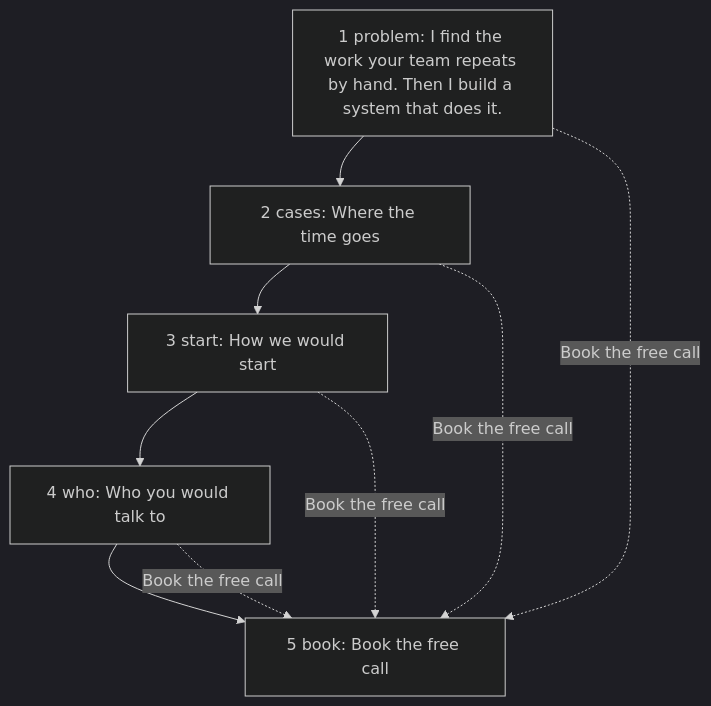
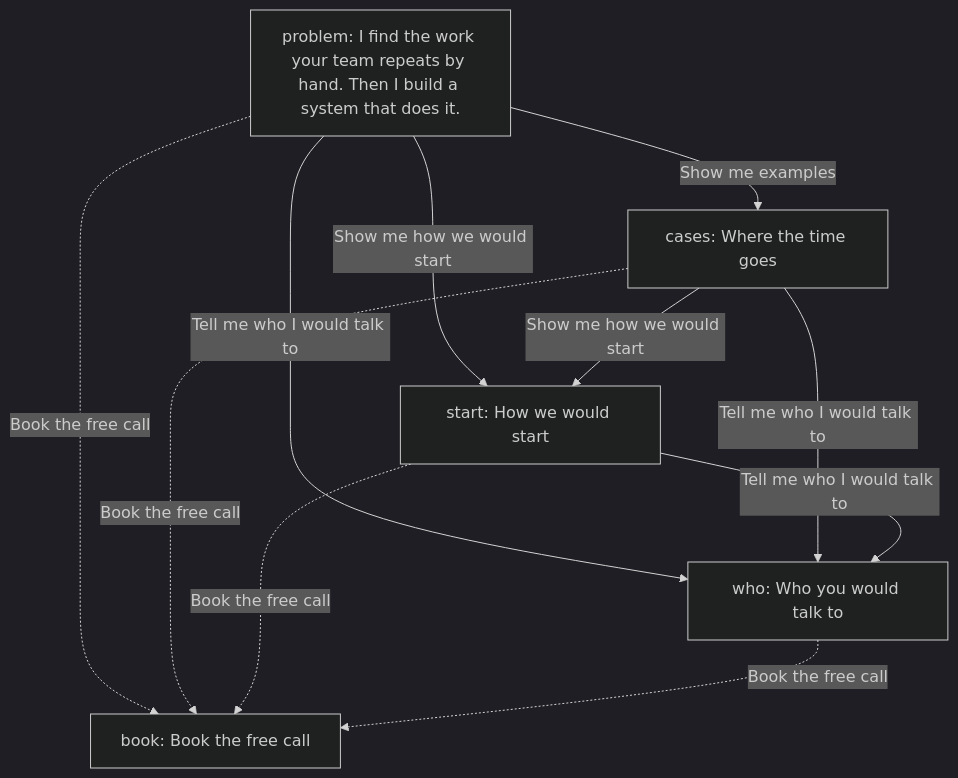
The first of 2 diagrams in _model/current/process.md (Rwb3n/rwb3n.github.io), drawn with Mermaid (dark theme) before and after one commit. The commit also changed other lines of this file and 56 other files, not shown here.

````diff
--- a/_model/current/process.md
+++ b/_model/current/process.md
@@ -8,16 +10,18 @@
 ```mermaid
 flowchart TD
-  S0["1 problem: I find the work your team repeats by hand. Then I build a system that does it."]
-  S1["2 cases: Where the time goes"]
-  S2["3 start: How we would start"]
-  S3["4 who: Who you would talk to"]
-  S4["5 book: Book the free call"]
-  S0 --> S1
-  S1 --> S2
-  S2 --> S3
-  S3 --> S4
+  S0["problem: I find the work your team repeats by hand. Then I build a system that does it."]
+  S1["cases: Where the time goes"]
+  S2["start: How we would start"]
+  S3["who: Who you would talk to"]
+  S4["book: Book the free call"]
+  S0 -- "Show me examples" --> S1
+  S0 -- "Show me how we would start" --> S2
+  S0 -- "Tell me who I would talk to" --> S3
   S0 -. "Book the free call" .-> S4
+  S1 -- "Show me how we would start" --> S2
+  S1 -- "Tell me who I would talk to" --> S3
   S1 -. "Book the free call" .-> S4
+  S2 -- "Tell me who I would talk to" --> S3
   S2 -. "Book the free call" .-> S4
   S3 -. "Book the free call" .-> S4
 ```
````
